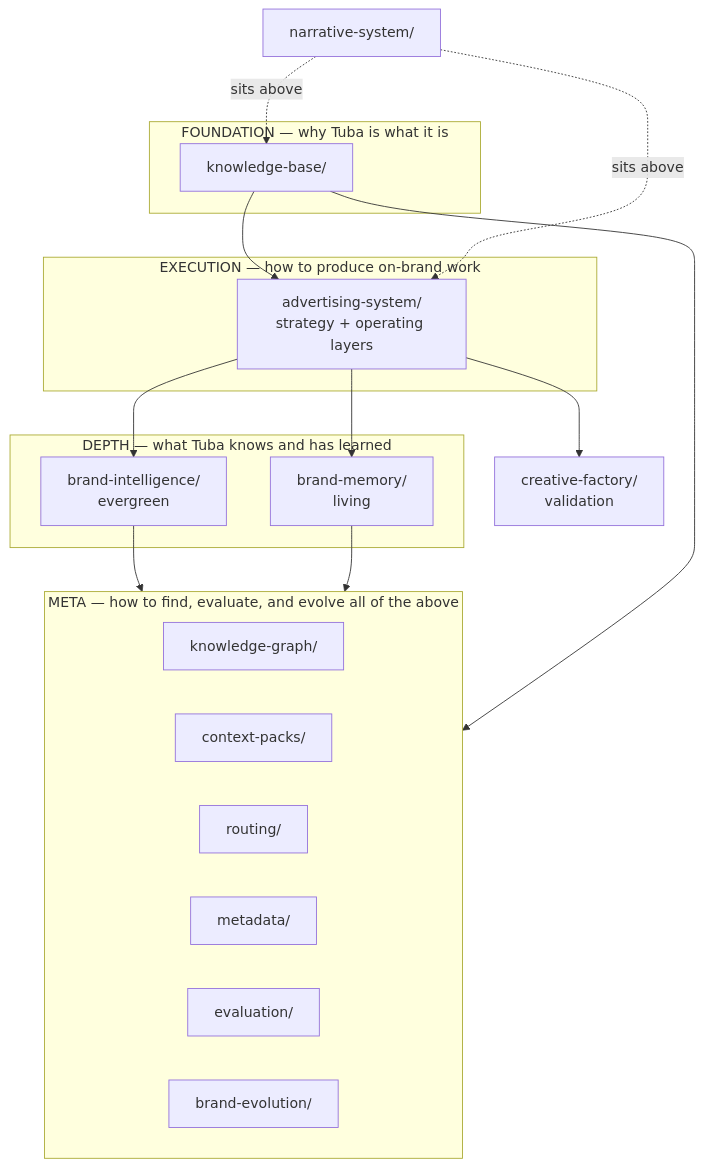
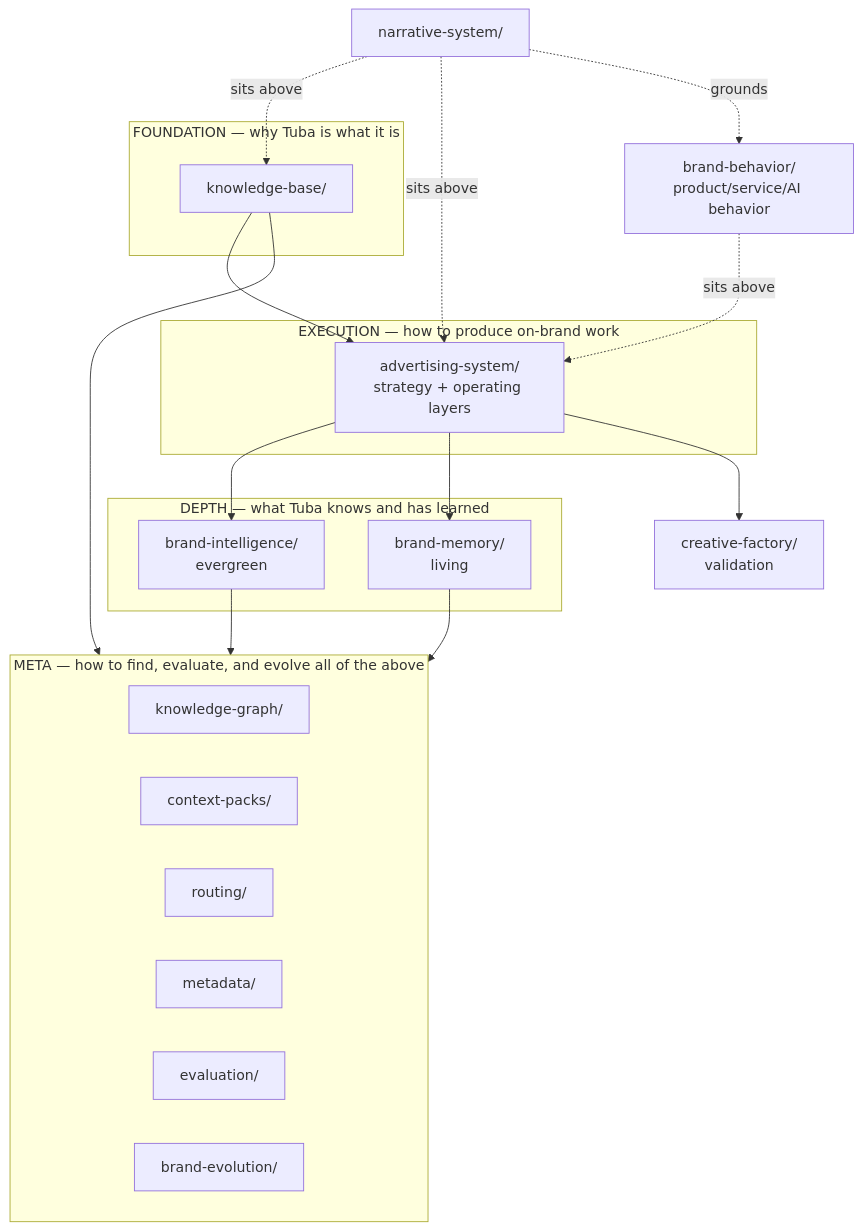
The first of 4 diagrams in AI_KNOWLEDGE_PLATFORM.md (younisoft/tuba_marketing_skills), drawn with Mermaid before and after one commit. The commit also changed other lines of this file and 32 other files, not shown here.

First line of the commit message:
Add brand behavior system (Phase 19) and prior tribunal/blog content

````diff
--- a/AI_KNOWLEDGE_PLATFORM.md
+++ b/AI_KNOWLEDGE_PLATFORM.md
@@ -19,31 +21,33 @@
 ```mermaid
 flowchart TD
     subgraph Foundation["FOUNDATION — why Tuba is what it is"]
         KB[knowledge-base/]
     end
     subgraph Execution["EXECUTION — how to produce on-brand work"]
         AS[advertising-system/<br/>strategy + operating layers]
     end
     subgraph Depth["DEPTH — what Tuba knows and has learned"]
         BI[brand-intelligence/<br/>evergreen]
         BM[brand-memory/<br/>living]
     end
     subgraph Meta["META — how to find, evaluate, and evolve all of the above"]
         KG[knowledge-graph/]
         CP[context-packs/]
         RT[routing/]
         MD[metadata/]
         EV[evaluation/]
         BE[brand-evolution/]
     end
 
     KB --> AS
     AS --> BI
     AS --> BM
     BI --> Meta
     BM --> Meta
     KB --> Meta
     AS --> CF[creative-factory/<br/>validation]
     NS[narrative-system/] -.sits above.-> KB
     NS -.sits above.-> AS
+    BB[brand-behavior/<br/>product/service/AI behavior] -.sits above.-> AS
+    NS -.grounds.-> BB
 ```
````
